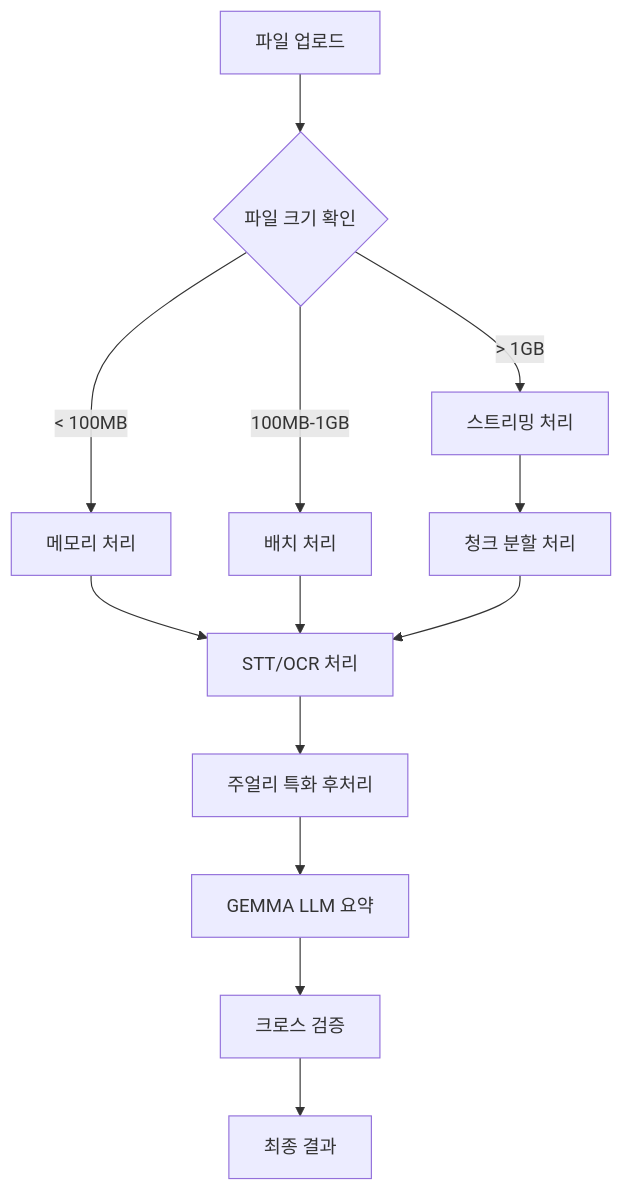
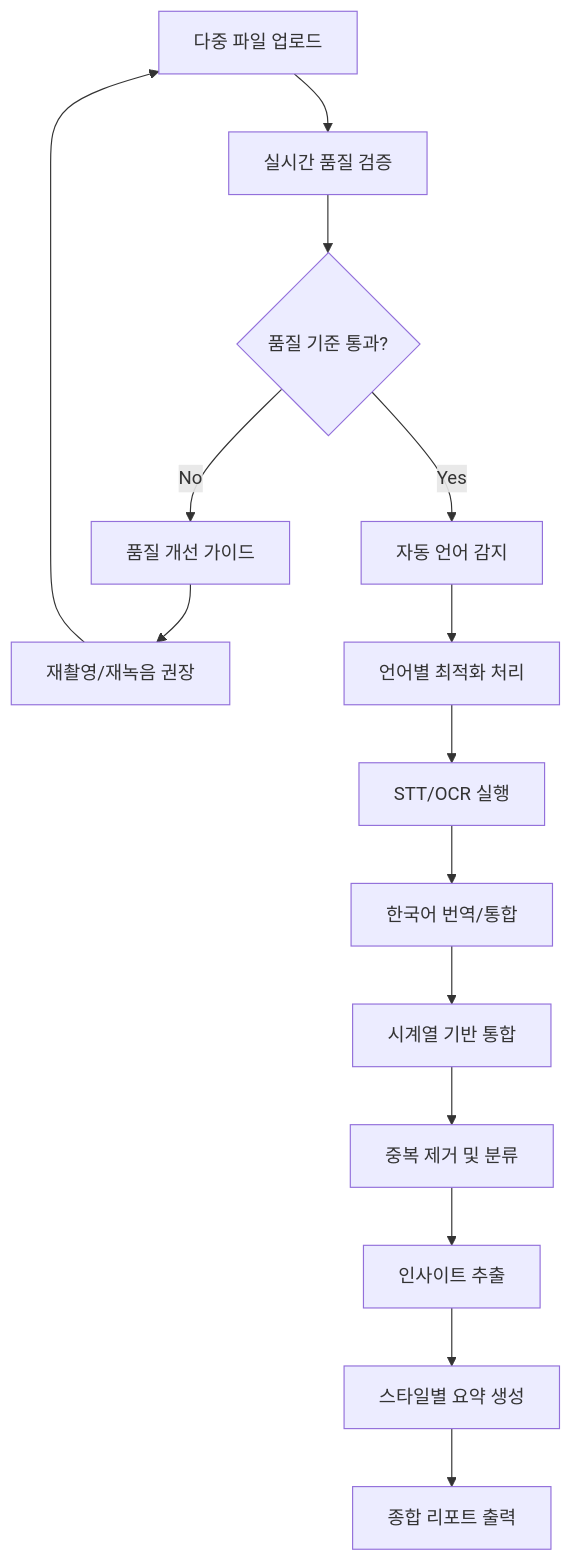
The diagram in README.md (GeunHyeog/solomond-ai-system), drawn with Mermaid before and after one commit. The commit also changed other lines of this file, not shown here.

````diff
--- a/README.md
+++ b/README.md
@@ -152,17 +123,19 @@
 ```mermaid
 graph TB
-    A[파일 업로드] --> B{파일 크기 확인}
-    B -->|< 100MB| C[메모리 처리]
-    B -->|100MB-1GB| D[배치 처리]  
-    B -->|> 1GB| E[스트리밍 처리]
+    A[다중 파일 업로드] --> B[실시간 품질 검증]
+    B --> C{품질 기준 통과?}
     
-    C --> F[STT/OCR 처리]
-    D --> F
-    E --> G[청크 분할 처리]
-    G --> F
+    C -->|No| D[품질 개선 가이드]
+    D --> E[재촬영/재녹음 권장]
+    E --> A
     
-    F --> H[주얼리 특화 후처리]
-    H --> I[GEMMA LLM 요약]
-    I --> J[크로스 검증]
-    J --> K[최종 결과]
+    C -->|Yes| F[자동 언어 감지]
+    F --> G[언어별 최적화 처리]
+    G --> H[STT/OCR 실행]
+    H --> I[한국어 번역/통합]
+    I --> J[시계열 기반 통합]
+    J --> K[중복 제거 및 분류]
+    K --> L[인사이트 추출]
+    L --> M[스타일별 요약 생성]
+    M --> N[종합 리포트 출력]
 ```
````
